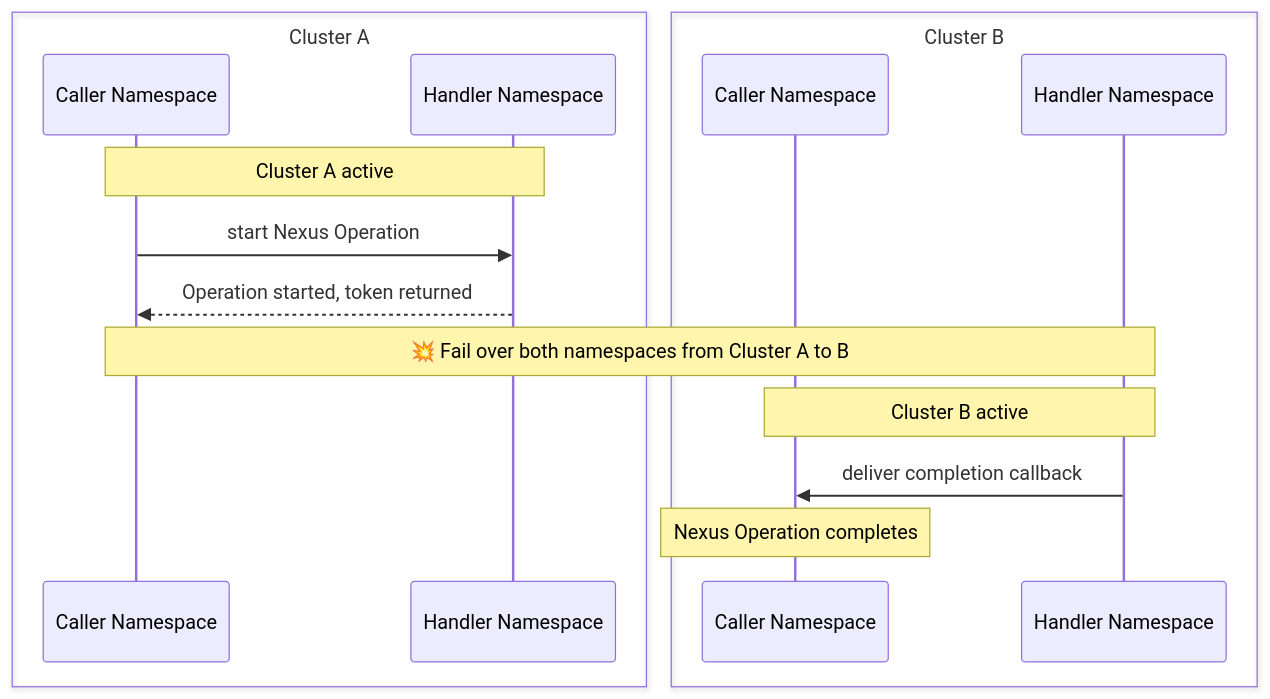
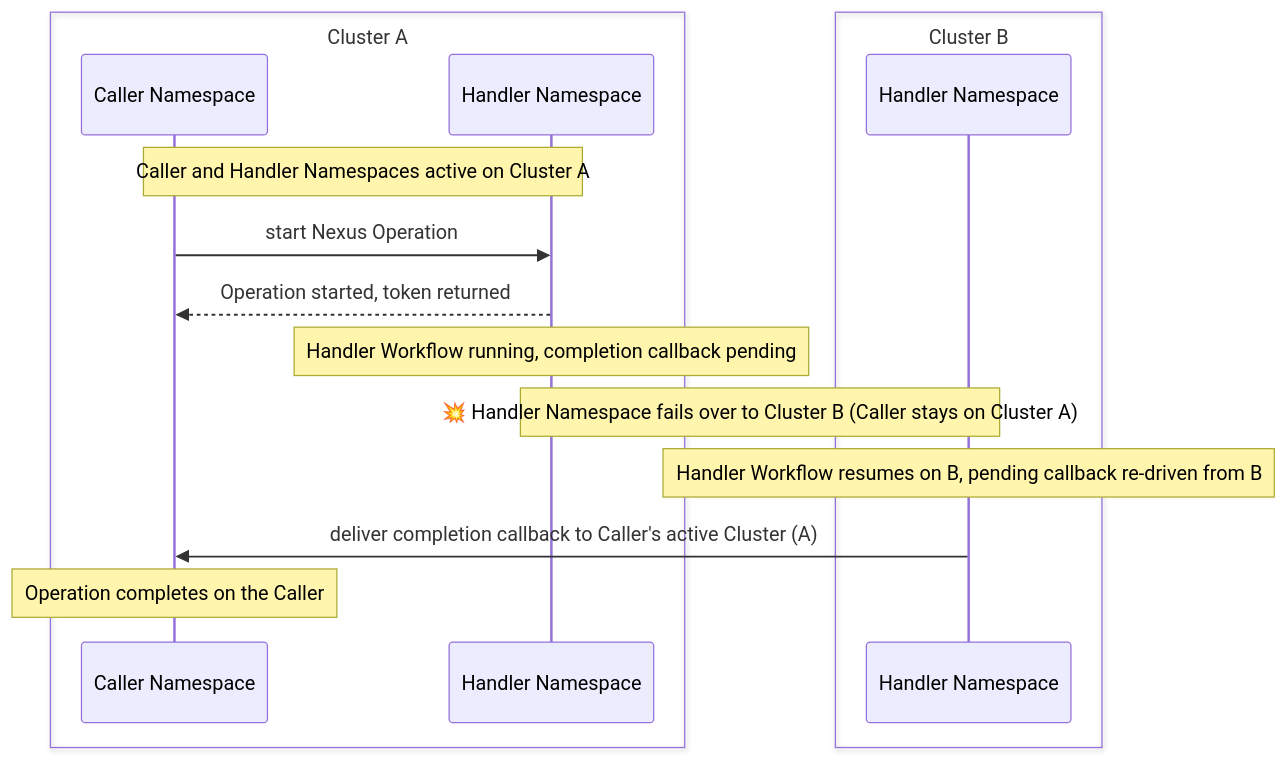
Before and after one commit to temporalio/documentation: the diagram in docs/production-deployment/self-hosted-guide/temporal-nexus.mdx, drawn with Mermaid. The commit also changed other lines of this file, not shown here.

First line of the commit message:
Clarify failover behavior when the Handler Namespace fails over

````diff
--- a/docs/production-deployment/self-hosted-guide/temporal-nexus.mdx
+++ b/docs/production-deployment/self-hosted-guide/temporal-nexus.mdx
@@ -137,18 +148,18 @@
 ```mermaid
 sequenceDiagram
     box Cluster A
     participant caA as Caller Namespace
     participant haA as Handler Namespace
     end
     box Cluster B
-    participant caB as Caller Namespace
     participant haB as Handler Namespace
     end
-    Note over caA,haA: Cluster A active
+    Note over caA,haA: Caller and Handler Namespaces active on Cluster A
     caA->>haA: start Nexus Operation
     haA-->>caA: Operation started, token returned
-    Note over caA,haB: 💥 Fail over both namespaces from Cluster A to B
-    Note over caB,haB: Cluster B active
-    haB->>caB: deliver completion callback
-    Note over caB: Nexus Operation completes
+    Note over haA: Handler Workflow running, completion callback pending
+    Note over haA,haB: 💥 Handler Namespace fails over to Cluster B (Caller stays on Cluster A)
+    Note over haB: Handler Workflow resumes on B, pending callback re-driven from B
+    haB->>caA: deliver completion callback to Caller's active Cluster (A)
+    Note over caA: Operation completes on the Caller
 ```
````
